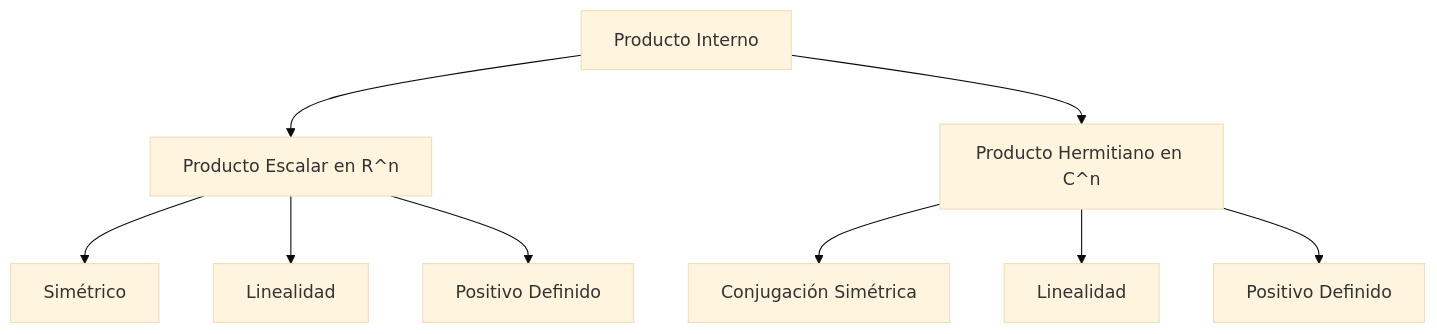
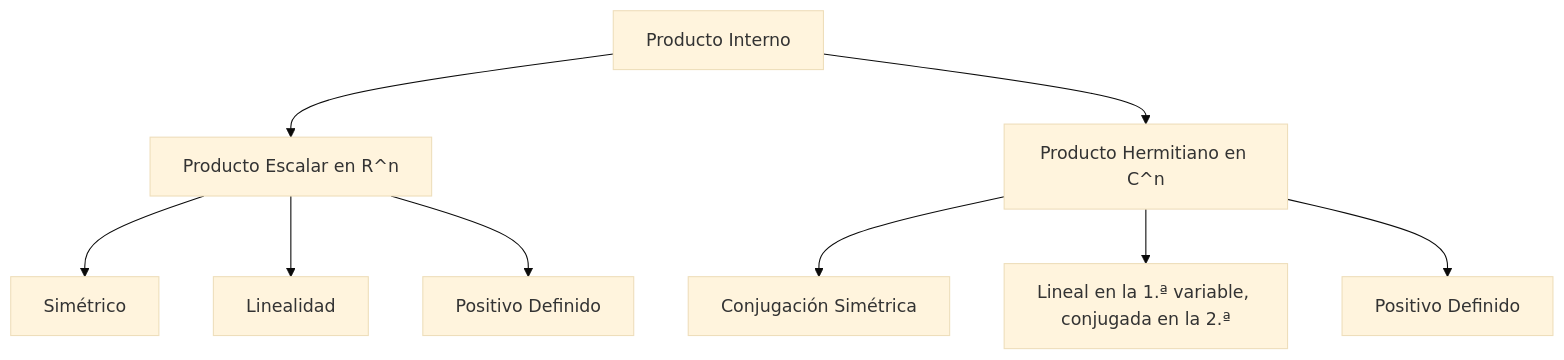
Before and after one commit to djaimej/computer-science-template: the diagram in public/documents/semester-3/1/3151.md, drawn with Mermaid (base theme). The commit also changed other lines of this file and 34 other files, not shown here.

````diff
--- a/public/documents/semester-3/1/3151.md
+++ b/public/documents/semester-3/1/3151.md
@@ -126,11 +170,11 @@
 ```mermaid
 graph TD
     A[Producto Interno] --> B[Producto Escalar en R^n]
     A --> C[Producto Hermitiano en C^n]
     B --> D[Simétrico]
     B --> E[Linealidad]
     B --> F[Positivo Definido]
     C --> G[Conjugación Simétrica]
-    C --> H[Linealidad]
+    C --> H["Lineal en la 1.ª variable, conjugada en la 2.ª"]
     C --> I[Positivo Definido]
 ```
````
